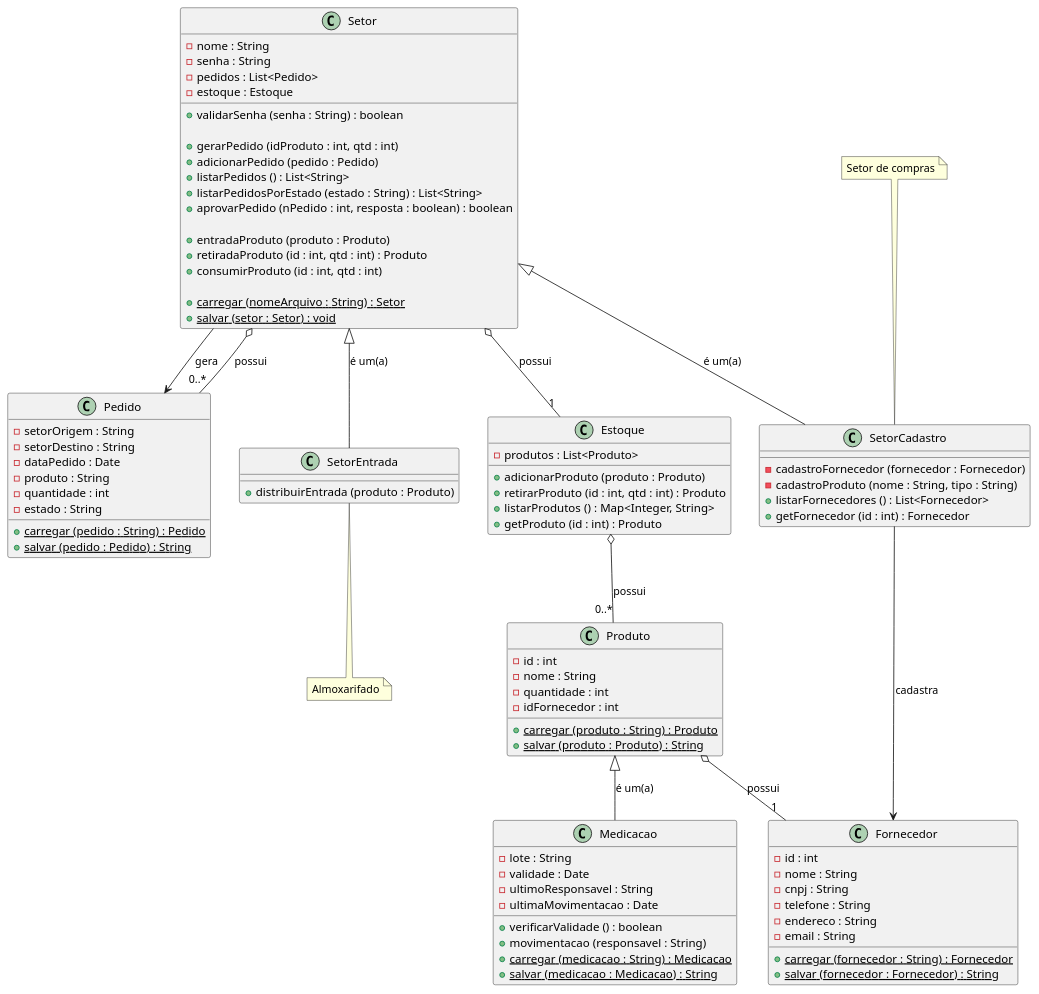
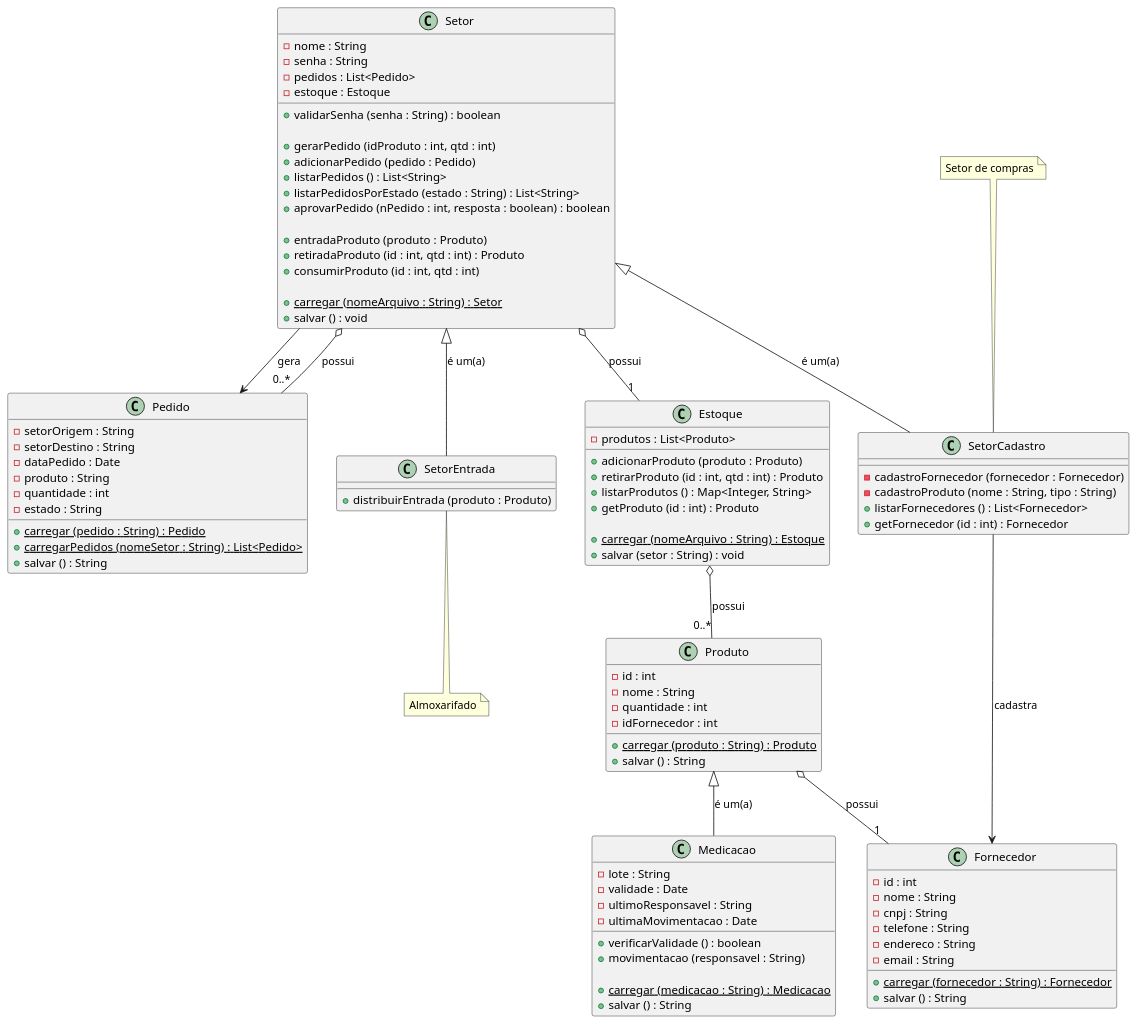
One commit to B4Hive/HealthStock changed the diagram in plant.puml. Above: the diagram before and after it, drawn with PlantUML. The commit also changed 24 other files, not shown here.

Commit message:
Refactor model classes to use Auxiliar for file path management; remove obsolete screen classes and CSV controller; update salvar methods for Fornecedor, Medicacao, and Produto; update setor classes to handle file operations more efficiently.

```diff
--- a/plant.puml
+++ b/plant.puml
@@ -1,113 +1,122 @@
 @startuml HealthStock
 
 class Fornecedor {
   - id : int
   - nome : String
   - cnpj : String
   - telefone : String
   - endereco : String
   - email : String
+
   + {static} carregar (fornecedor : String) : Fornecedor
-  + {static} salvar (fornecedor : Fornecedor) : String
+  + salvar () : String
 }
 
 class Produto {
   - id : int
   - nome : String
   - quantidade : int
   - idFornecedor : int
+
   + {static} carregar (produto : String) : Produto
-  + {static} salvar (produto : Produto) : String
+  + salvar () : String
 }
 
 class Medicacao {
   - lote : String
   - validade : Date
   - ultimoResponsavel : String
   - ultimaMovimentacao : Date
+  
   + verificarValidade () : boolean
   + movimentacao (responsavel : String)
+
   + {static} carregar (medicacao : String) : Medicacao
-  + {static} salvar (medicacao : Medicacao) : String
+  + salvar () : String
 }
 
 class Estoque {
   - produtos : List<Produto>
+
   + adicionarProduto (produto : Produto)
   + retirarProduto (id : int, qtd : int) : Produto
   + listarProdutos () : Map<Integer, String>
   + getProduto (id : int) : Produto
+
+  + {static} carregar (nomeArquivo : String) : Estoque
+  + salvar (setor : String) : void
 }
 
 class Pedido {
   - setorOrigem : String
   - setorDestino : String
   - dataPedido : Date
   - produto : String
   - quantidade : int
   - estado : String
 
   + {static} carregar (pedido : String) : Pedido
-  + {static} salvar (pedido : Pedido) : String
+  + {static} carregarPedidos (nomeSetor : String) : List<Pedido>
+  + salvar () : String
 }
 
 class Setor {
   - nome : String
   - senha : String
   - pedidos : List<Pedido>
   - estoque : Estoque
 
   + validarSenha (senha : String) : boolean
 
   + gerarPedido (idProduto : int, qtd : int)
   + adicionarPedido (pedido : Pedido)
   + listarPedidos () : List<String>
   + listarPedidosPorEstado (estado : String) : List<String>
   + aprovarPedido (nPedido : int, resposta : boolean) : boolean 
 
   + entradaProduto (produto : Produto)
   + retiradaProduto (id : int, qtd : int) : Produto
   + consumirProduto (id : int, qtd : int)
 
   + {static} carregar (nomeArquivo : String) : Setor
-  + {static} salvar (setor : Setor) : void
+  + salvar () : void
 }
 
 class SetorEntrada {
   + distribuirEntrada (produto : Produto)
 }
 
 class SetorCadastro {
   - cadastroFornecedor (fornecedor : Fornecedor)
   - cadastroProduto (nome : String, tipo : String)
   + listarFornecedores () : List<Fornecedor>
   + getFornecedor (id : int) : Fornecedor
 }
 
 Setor <|-- SetorEntrada : é um(a)
 
 Setor <|-- SetorCadastro : é um(a)
 
 Produto <|-- Medicacao : é um(a)
 
 Produto o-- "1" Fornecedor : possui
 
 Setor o-- "1" Estoque : possui
 
 Setor --> Pedido : gera
 
 Setor o-- "0..*" Pedido : possui
 
 Estoque o-- "0..*" Produto : possui
 
 SetorCadastro --> Fornecedor : cadastra
 
 note top of SetorCadastro
   Setor de compras
 end note
 
 note bottom of SetorEntrada
   Almoxarifado
 end note
 
 @enduml
```
